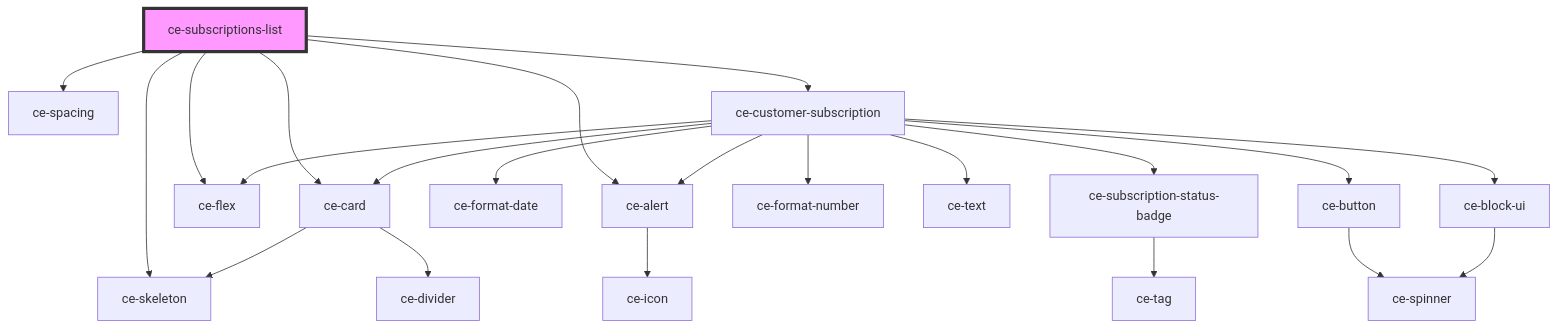
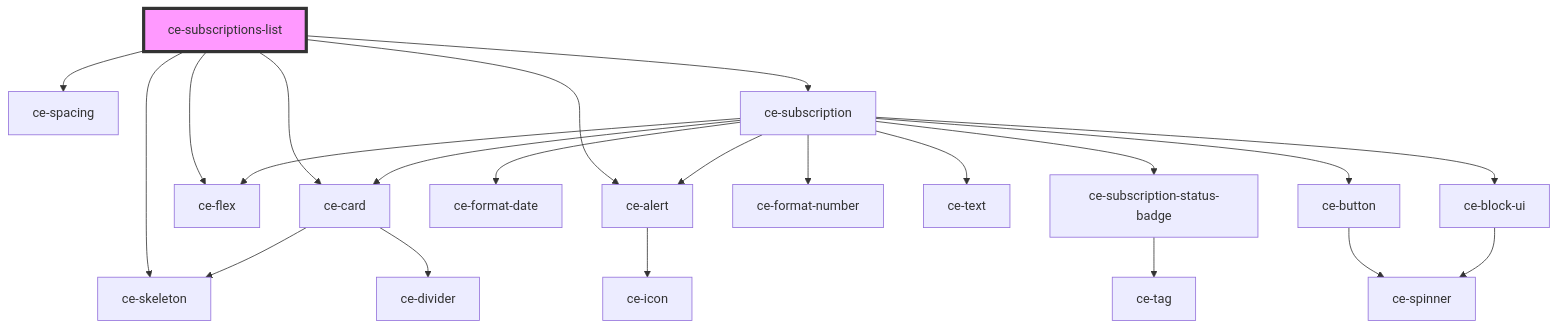
One commit to surecart/surecart-wp-plugin changed the diagram in packages/components/src/components/controllers/dashboard/subscriptions-list/readme.md. Above: the diagram before and after it, drawn with Mermaid. The commit also changed other lines of this file and 162 other files, not shown here.

````diff
--- a/packages/components/src/components/controllers/dashboard/subscriptions-list/readme.md
+++ b/packages/components/src/components/controllers/dashboard/subscriptions-list/readme.md
@@ -28,25 +28,25 @@
 ```mermaid
 graph TD;
   ce-subscriptions-list --> ce-card
   ce-subscriptions-list --> ce-flex
   ce-subscriptions-list --> ce-skeleton
   ce-subscriptions-list --> ce-alert
   ce-subscriptions-list --> ce-spacing
-  ce-subscriptions-list --> ce-customer-subscription
+  ce-subscriptions-list --> ce-subscription
   ce-card --> ce-skeleton
   ce-card --> ce-divider
   ce-alert --> ce-icon
-  ce-customer-subscription --> ce-format-date
-  ce-customer-subscription --> ce-subscription-status-badge
-  ce-customer-subscription --> ce-card
-  ce-customer-subscription --> ce-flex
-  ce-customer-subscription --> ce-format-number
-  ce-customer-subscription --> ce-text
-  ce-customer-subscription --> ce-button
-  ce-customer-subscription --> ce-alert
-  ce-customer-subscription --> ce-block-ui
+  ce-subscription --> ce-format-date
+  ce-subscription --> ce-subscription-status-badge
+  ce-subscription --> ce-card
+  ce-subscription --> ce-flex
+  ce-subscription --> ce-format-number
+  ce-subscription --> ce-text
+  ce-subscription --> ce-button
+  ce-subscription --> ce-alert
+  ce-subscription --> ce-block-ui
   ce-subscription-status-badge --> ce-tag
   ce-button --> ce-spinner
   ce-block-ui --> ce-spinner
   style ce-subscriptions-list fill:#f9f,stroke:#333,stroke-width:4px
 ```
````
